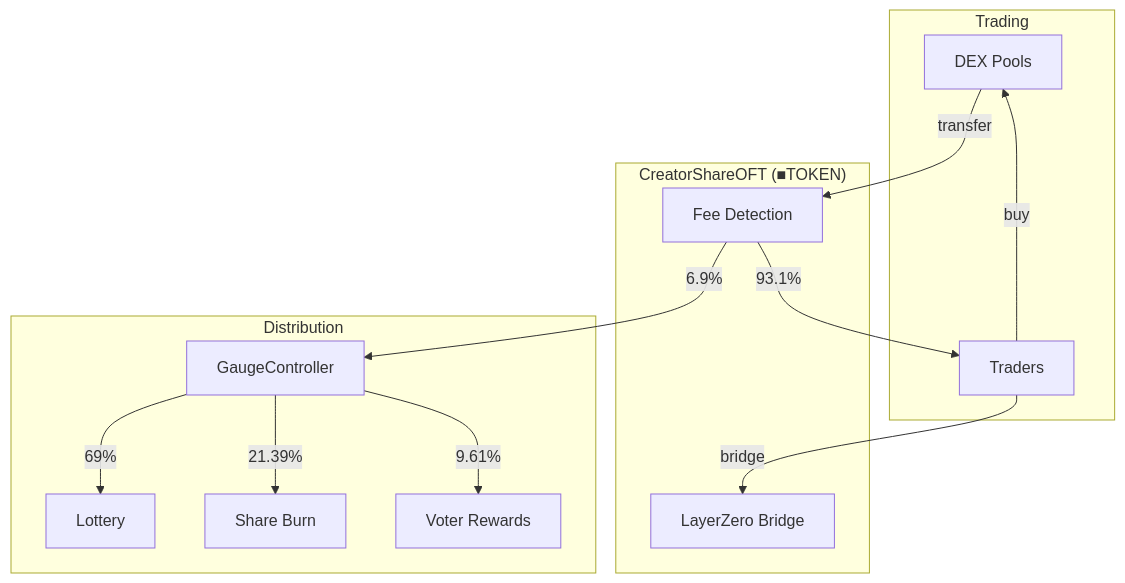
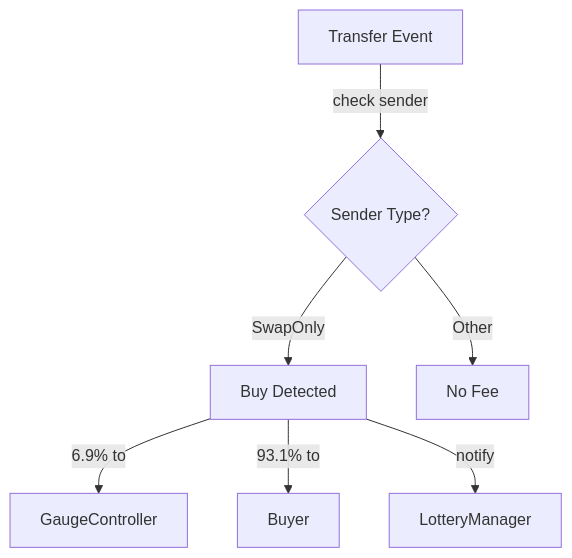
One commit to 4626fun/4626 changed the diagram in docs/contracts/core/creator-share-oft.md. Above: the diagram before and after it, drawn with Mermaid. The commit also changed other lines of this file and 11 other files, not shown here.

````diff
--- a/docs/contracts/core/creator-share-oft.md
+++ b/docs/contracts/core/creator-share-oft.md
@@ -40,30 +60,10 @@
 ```mermaid
 flowchart TD
-    subgraph Trading
-        DEX[DEX Pools]
-        Users[Traders]
-    end
-    
-    subgraph ShareOFT["CreatorShareOFT (■TOKEN)"]
-        Fee[Fee Detection]
-        LZ[LayerZero Bridge]
-    end
-    
-    subgraph Distribution
-        GC[GaugeController]
-        Lottery[Lottery]
-        Burn[Share Burn]
-        Voters[Voter Rewards]
-    end
-    
-    Users -->|buy| DEX
-    DEX -->|transfer| Fee
-    Fee -->|6.9%| GC
-    Fee -->|93.1%| Users
-    
-    GC -->|69%| Lottery
-    GC -->|21.39%| Burn
-    GC -->|9.61%| Voters
-    
-    Users -->|bridge| LZ
+    Transfer[Transfer Event]
+    Transfer -->|check sender| Class{Sender Type?}
+    Class -->|SwapOnly| Buy[Buy Detected]
+    Class -->|Other| NoFee[No Fee]
+    Buy -->|6.9% to| GC[GaugeController]
+    Buy -->|93.1% to| User[Buyer]
+    Buy -->|notify| Lottery[LotteryManager]
 ```
````
